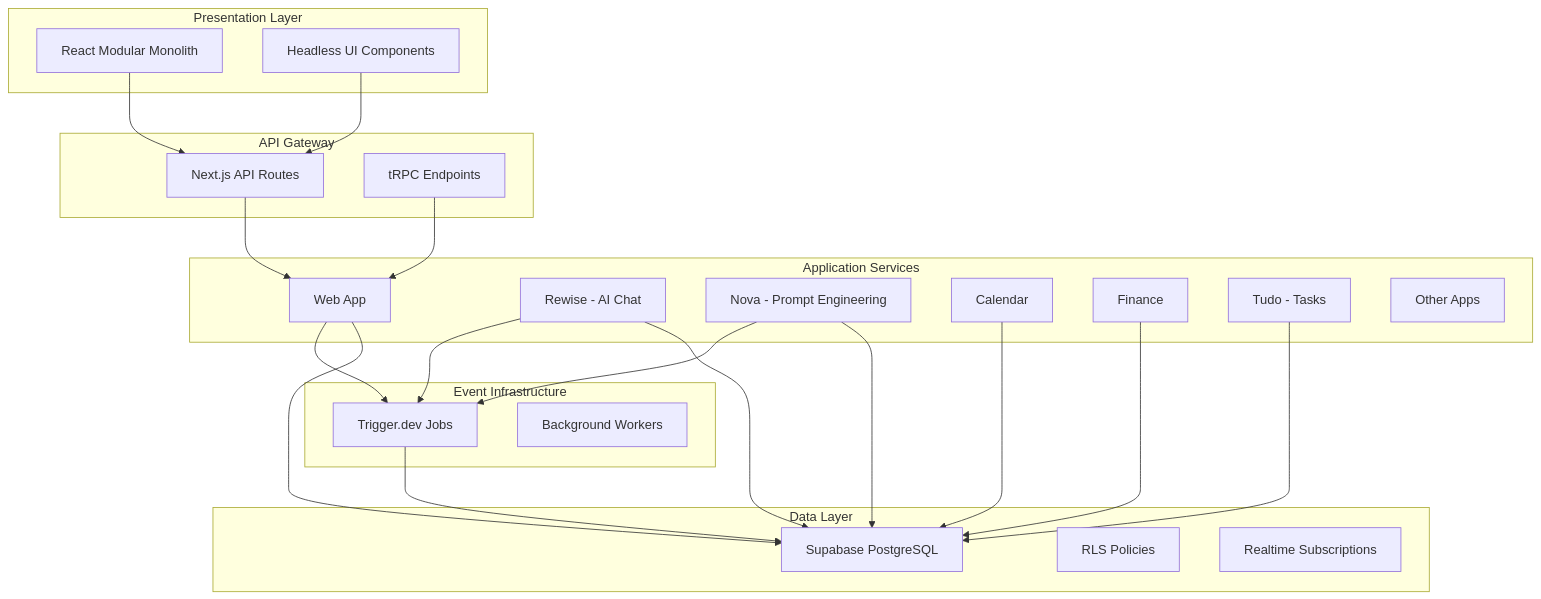
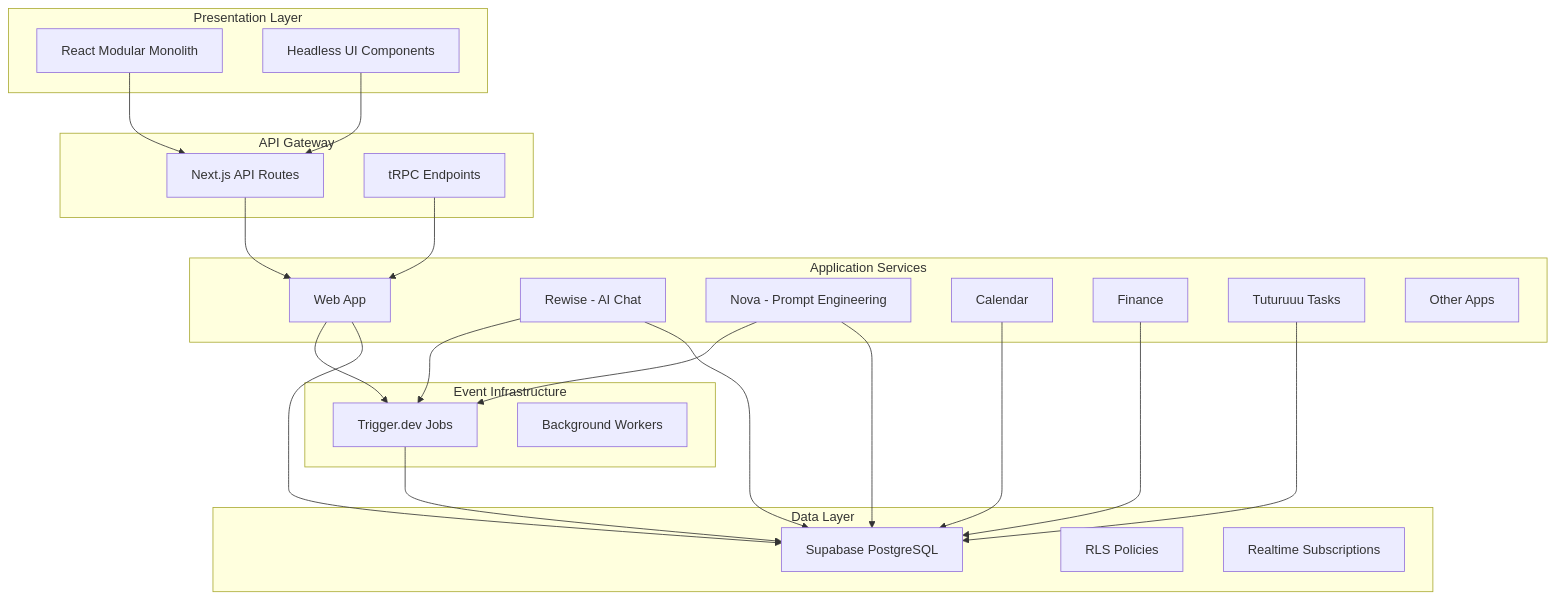
Before and after one commit to mad-code333/tuturu: the diagram in apps/docs/platform/architecture/system-design/overview.mdx, drawn with Mermaid. The commit also changed 592 other files, not shown here.

````diff
--- a/apps/docs/platform/architecture/system-design/overview.mdx
+++ b/apps/docs/platform/architecture/system-design/overview.mdx
@@ -21,48 +21,48 @@
 ```mermaid
 graph TB
     subgraph "Presentation Layer"
         A[React Modular Monolith]
         B[Headless UI Components]
     end
 
     subgraph "API Gateway"
         C[Next.js API Routes]
         D[tRPC Endpoints]
     end
 
     subgraph "Application Services"
         E[Web App]
         F[Rewise - AI Chat]
         G[Nova - Prompt Engineering]
         H[Calendar]
         I[Finance]
-        J[Tudo - Tasks]
+        J[Tuturuuu Tasks]
         K[Other Apps]
     end
 
     subgraph "Event Infrastructure"
         L[Trigger.dev Jobs]
         M[Background Workers]
     end
 
     subgraph "Data Layer"
         N[Supabase PostgreSQL]
         O[RLS Policies]
         P[Realtime Subscriptions]
     end
 
     A --> C
     B --> C
     C --> E
     D --> E
     E --> L
     F --> L
     G --> L
     E --> N
     F --> N
     G --> N
     H --> N
     I --> N
     J --> N
     L --> N
 ```
````
